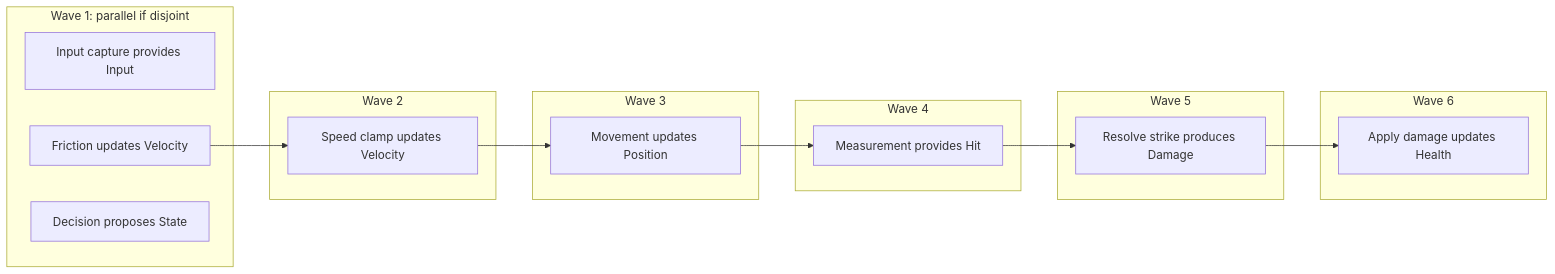
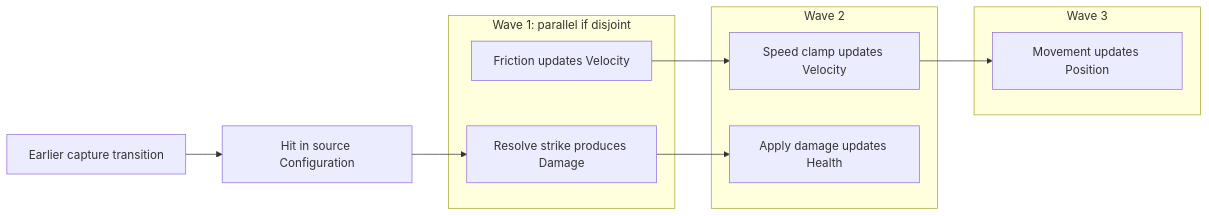
One commit to fm39hz/fm39hz-blogs changed the fifth of 6 diagrams in src/content/articles/another-way-to-think-about-game-architecture.md. Above: the diagram before and after it, drawn with Mermaid. The commit also changed other lines of this file and 4 other files, not shown here.

````diff
--- a/src/content/articles/another-way-to-think-about-game-architecture.md
+++ b/src/content/articles/another-way-to-think-about-game-architecture.md
@@ -446,29 +442,23 @@
 ```mermaid
 flowchart LR
+    Capture["Earlier capture transition"]
+    Hit["Hit in source Configuration"]
+
     subgraph W1["Wave 1: parallel if disjoint"]
-        Input["Input capture provides Input"]
         Friction["Friction updates Velocity"]
-        Decision["Decision proposes State"]
+        Strike["Resolve strike produces Damage"]
     end
     subgraph W2["Wave 2"]
         Clamp["Speed clamp updates Velocity"]
+        Health["Apply damage updates Health"]
     end
     subgraph W3["Wave 3"]
         Move["Movement updates Position"]
     end
-    subgraph W4["Wave 4"]
-        Overlap["Measurement provides Hit"]
-    end
-    subgraph W5["Wave 5"]
-        Strike["Resolve strike produces Damage"]
-    end
-    subgraph W6["Wave 6"]
-        Health["Apply damage updates Health"]
-    end
 
+    Capture --> Hit
+    Hit --> Strike
     Friction --> Clamp
     Clamp --> Move
-    Move --> Overlap
-    Overlap --> Strike
     Strike --> Health
 ```
````
